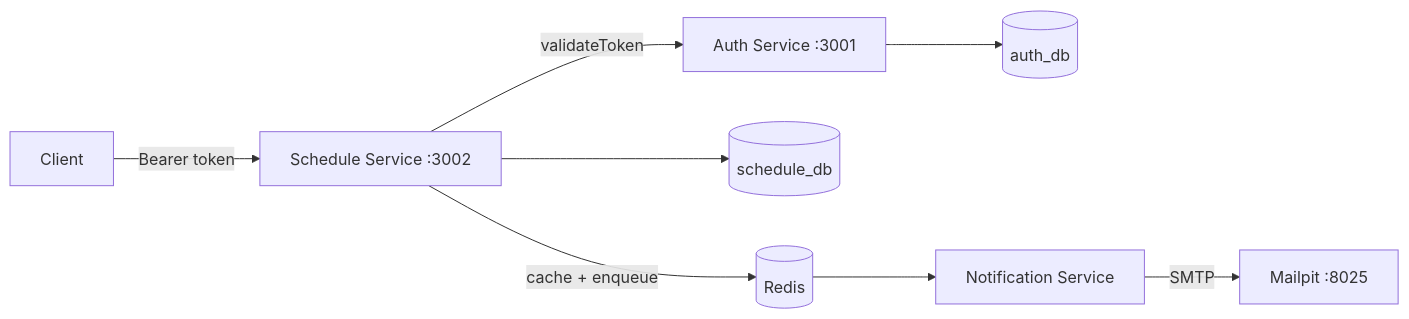
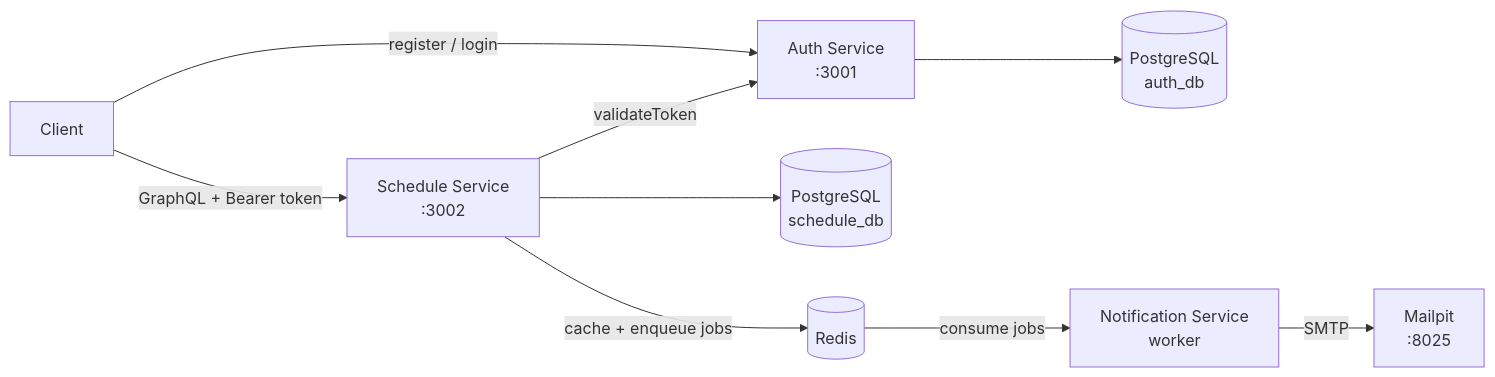
Before and after one commit to Aizarrahima/healthcare-scheduling: the first of 3 diagrams in README.md, drawn with Mermaid. The commit also changed other lines of this file, not shown here.

Commit message:
docs: complete README with architecture, API reference, and examples

````diff
--- a/README.md
+++ b/README.md
@@ -7,10 +57,11 @@
 ```mermaid
 flowchart LR
-  C[Client] -->|Bearer token| S[Schedule Service :3002]
-  S -->|validateToken| A[Auth Service :3001]
-  A --> ADB[(auth_db)]
-  S --> SDB[(schedule_db)]
-  S -->|cache + enqueue| R[(Redis)]
-  R --> N[Notification Service]
-  N -->|SMTP| M[Mailpit :8025]
+  C[Client] -->|GraphQL + Bearer token| S[Schedule Service<br/>:3002]
+  C -->|register / login| A[Auth Service<br/>:3001]
+  S -->|validateToken| A
+  A --> ADB[(PostgreSQL<br/>auth_db)]
+  S --> SDB[(PostgreSQL<br/>schedule_db)]
+  S -->|cache + enqueue jobs| R[(Redis)]
+  R -->|consume jobs| N[Notification Service<br/>worker]
+  N -->|SMTP| M[Mailpit<br/>:8025]
 ```
````
